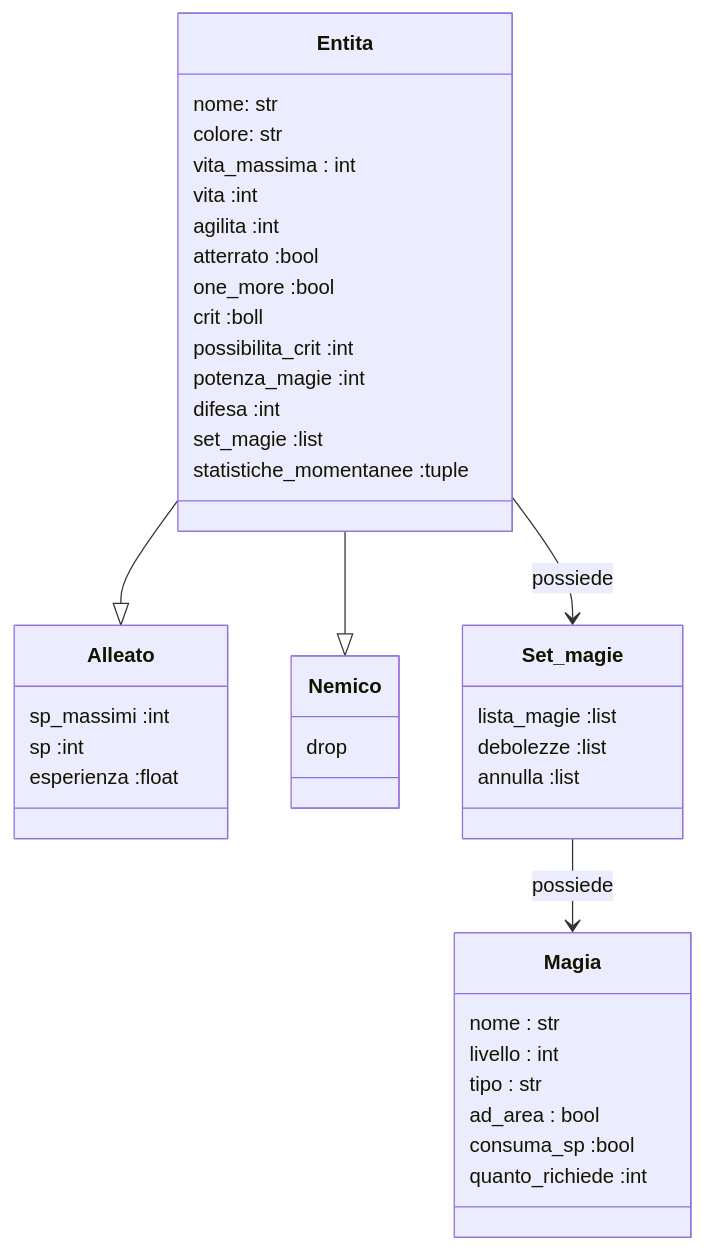
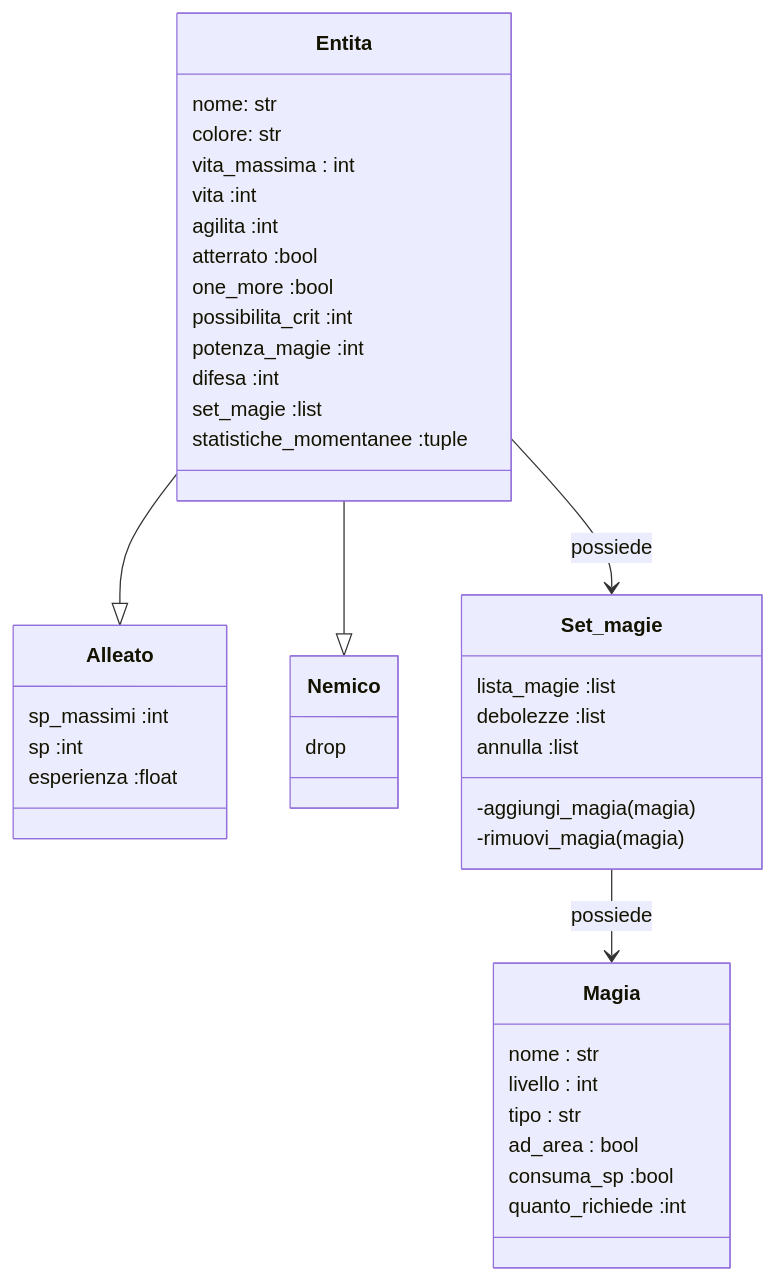
The diagram in uml/game_logic.md (MarcoArlotti/A_simple_JRPG_on_the_CMD_RE-COMMITTED), drawn with Mermaid before and after one commit. The commit also changed 1 other file, not shown here.

````diff
--- a/uml/game_logic.md
+++ b/uml/game_logic.md
@@ -1,47 +1,50 @@
 ```mermaid
 classDiagram
 Entita --|> Alleato
 Entita --|> Nemico
 Entita --> Set_magie :possiede
 Set_magie --> Magia :possiede
+
 class Entita {
     nome: str
     colore: str
     vita_massima : int
     vita :int
     agilita :int
     atterrato :bool
     one_more :bool
-    crit :boll
     possibilita_crit :int
     potenza_magie :int
     difesa :int
     set_magie :list
-    statistiche_momentanee :tuple 
+    statistiche_momentanee :tuple
+
 }
 
 class Alleato {
     sp_massimi :int
     sp :int
     esperienza :float
 }
 
 class Nemico{
     drop
 }
 
 class Set_magie {
     lista_magie :list
     debolezze :list
     annulla :list
+    -aggiungi_magia(magia)
+    -rimuovi_magia(magia)
 }
 
 class Magia {
     nome : str
     livello : int
     tipo : str
     ad_area : bool
     consuma_sp :bool
     quanto_richiede :int
 }
 ```
````
